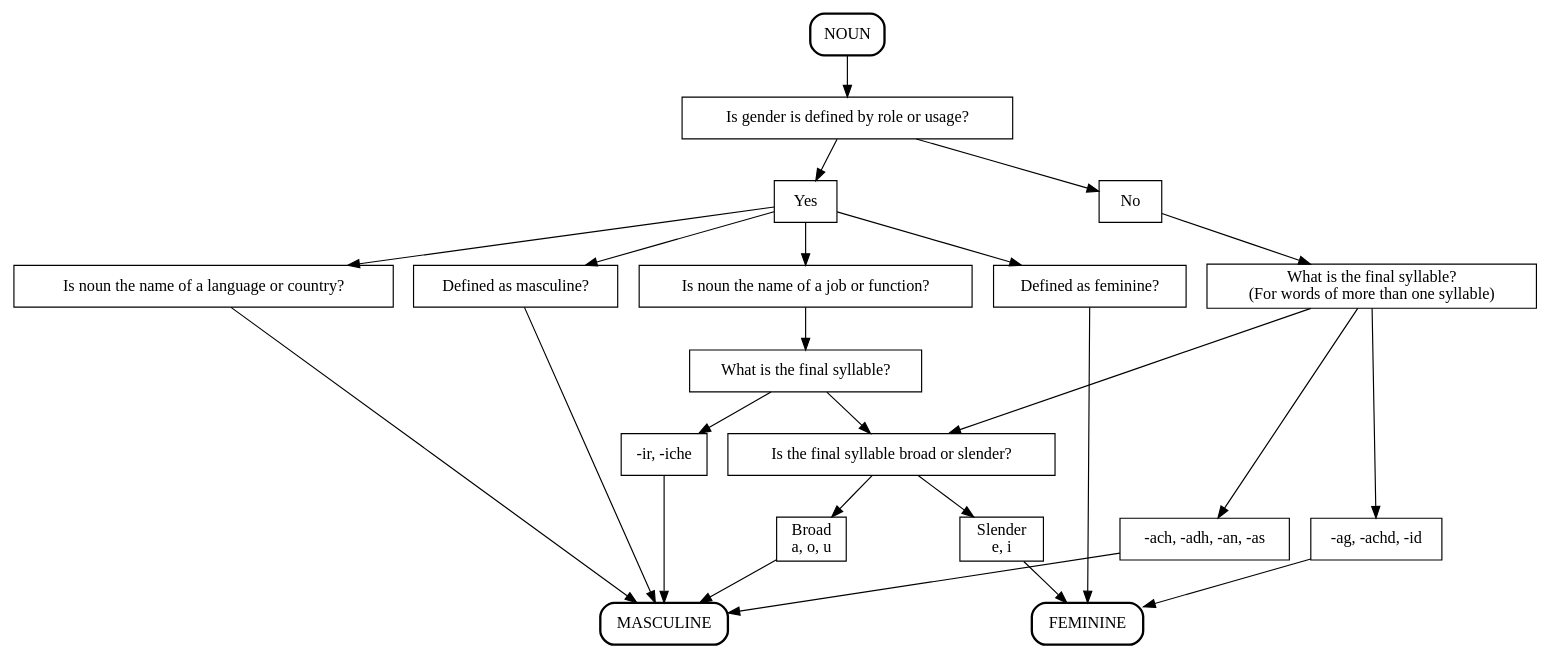
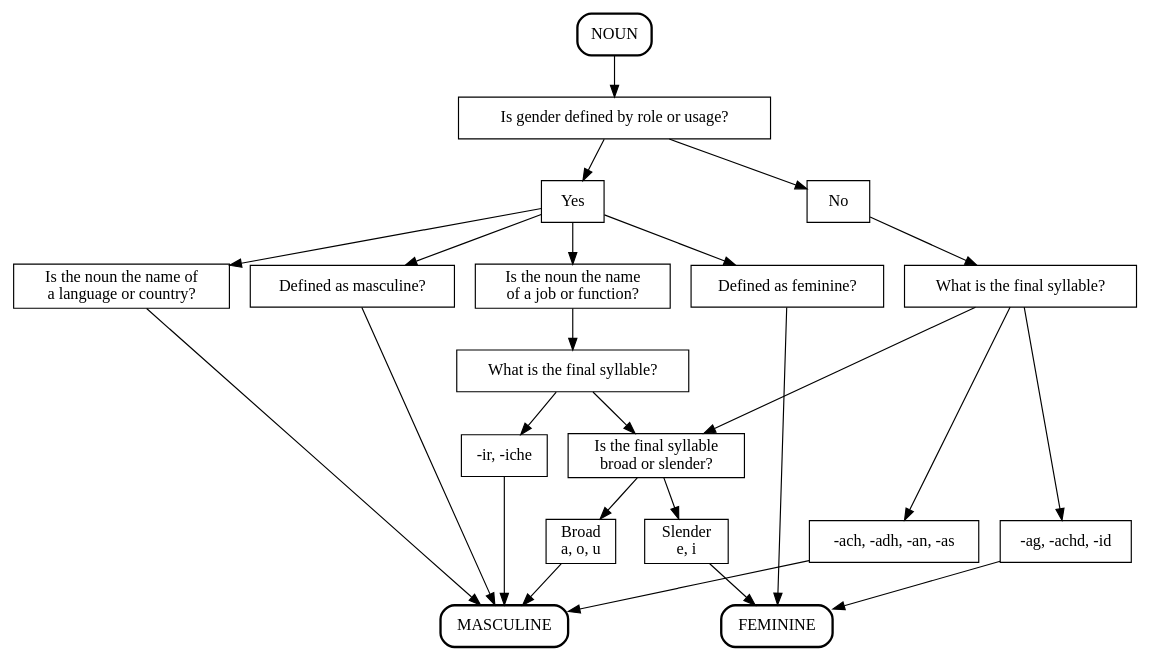
One commit to ComputationalGaelic/GaelicDiagrams changed the diagram in gaelic_diagrams/nouns/grammatical_gender.dot. Above: the diagram before and after it, drawn with Graphviz.

Commit message:
tidied graph

```diff
--- a/gaelic_diagrams/nouns/grammatical_gender.dot
+++ b/gaelic_diagrams/nouns/grammatical_gender.dot
@@ -1,53 +1,54 @@
 digraph grammatical_gender {
 	node [shape = box];
+	splines="line";
 	/* nodes */
 	START				[label="NOUN", style="rounded, bold"];
-	known_gender        [label="Is gender is defined by role or usage?"];
+	known_gender        [label="Is gender defined by role or usage?"];
 	known_gender_y      [label="Yes"];
 	known_gender_n      [label="No"];
 	defined_f			[label="Defined as feminine?"];
 	defined_m			[label="Defined as masculine?"];
-	languages_countries [label="Is noun the name of a language or country?"];
-	final_syllable      [label="What is the final syllable?\n(For words of more than one syllable)"];
+	languages_countries [label="Is the noun the name of\na language or country?"];
+	final_syllable      [label="What is the final syllable?"];
 	endings_f			[label="-ag, -achd, -id"];
 	endings_m			[label="-ach, -adh, -an, -as"];
-	job_or_function     [label="Is noun the name of a job or function?"];
+	job_or_function     [label="Is the noun the name\nof a job or function?"];
 	job_final_syllable  [label="What is the final syllable?"];
 	job_ending_m        [label="-ir, -iche"];
-	broad_slender       [label="Is the final syllable broad or slender?"];
+	broad_slender       [label="Is the final syllable\nbroad or slender?"];
 	slender				[label="Slender\ne, i"];
 	broad				[label="Broad\na, o, u"];
 	FEMININE		    [label="FEMININE", style="rounded, bold"];
 	MASCULINE		    [label="MASCULINE", style="rounded, bold"];
 	/* graph */
 	START -> known_gender;
 	known_gender -> known_gender_y;
 	known_gender_y -> defined_f;
 	known_gender_y -> languages_countries;
 	known_gender_y -> defined_m;
 	defined_f -> FEMININE;
 	languages_countries -> MASCULINE;
 	defined_m -> MASCULINE;
 	known_gender -> known_gender_n;
 	known_gender_n -> final_syllable;
 	final_syllable -> endings_f;
 	endings_f -> FEMININE;
 	final_syllable -> endings_m;
 	endings_m -> MASCULINE;
 	known_gender_y -> job_or_function;
 	job_or_function -> job_final_syllable;
 	job_final_syllable -> job_ending_m;
 	job_ending_m -> MASCULINE;
 	job_final_syllable -> broad_slender;
 	final_syllable -> broad_slender;
 	broad_slender -> slender;
 	broad_slender -> broad;
 	slender -> FEMININE;
 	broad -> MASCULINE;
 	/* layout */
 	{rank=same; known_gender_y, known_gender_n}
 	{rank=same; defined_f, defined_m, languages_countries, final_syllable, job_or_function}
 	{rank=same; endings_f, endings_m}
 	{rank=same; slender, broad}
 	{rank=same; FEMININE, MASCULINE}
 }
```
